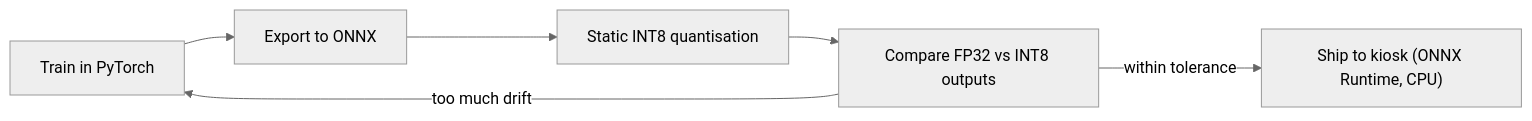
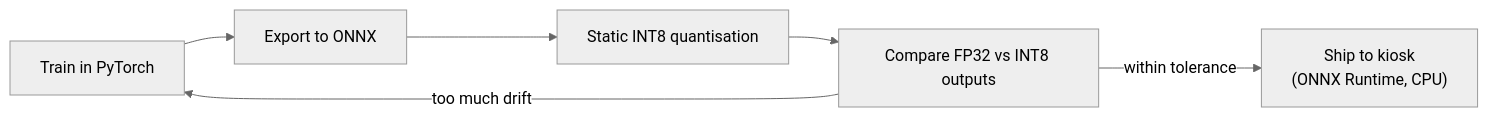
Before and after one commit to Zayed-Makandar/Edge-AI-Health-Monitor: the second of 2 diagrams in README.md, drawn with Mermaid (neutral theme). The commit also changed other lines of this file and 8 other files, not shown here.

Commit message:
Rebuild showcase: measured model size and CPU latency, demo screenshots, diagrams

````diff
--- a/README.md
+++ b/README.md
@@ -84,8 +83,8 @@
 ```mermaid
 flowchart LR
     Train["Train in PyTorch"] --> Export["Export to ONNX"]
     Export --> Quant["Static INT8 quantisation"]
     Quant --> Check["Compare FP32 vs INT8 outputs"]
-    Check -->|"within tolerance"| Deploy["Ship to kiosk (ONNX Runtime, CPU)"]
+    Check -->|"within tolerance"| Deploy["Ship to kiosk<br/>(ONNX Runtime, CPU)"]
     Check -->|"too much drift"| Train
 ```
````
